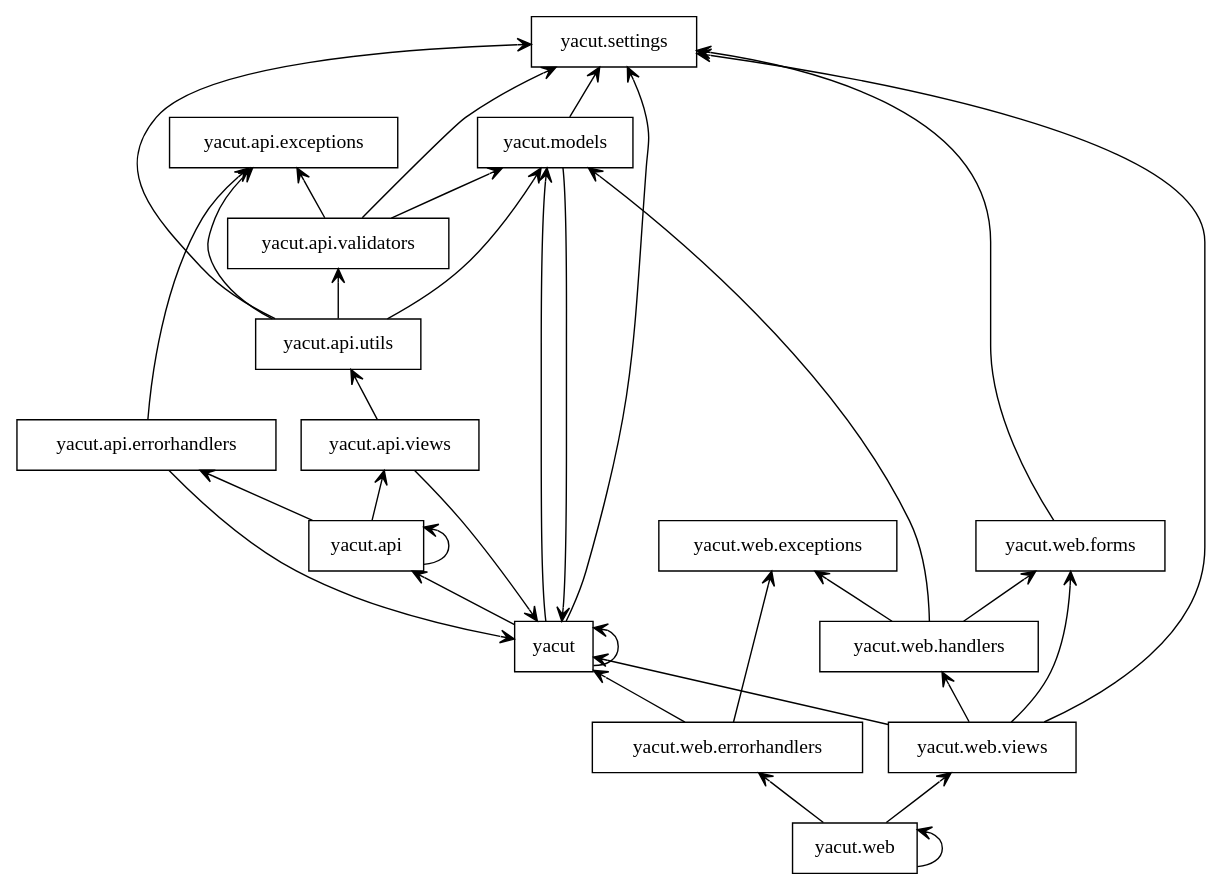
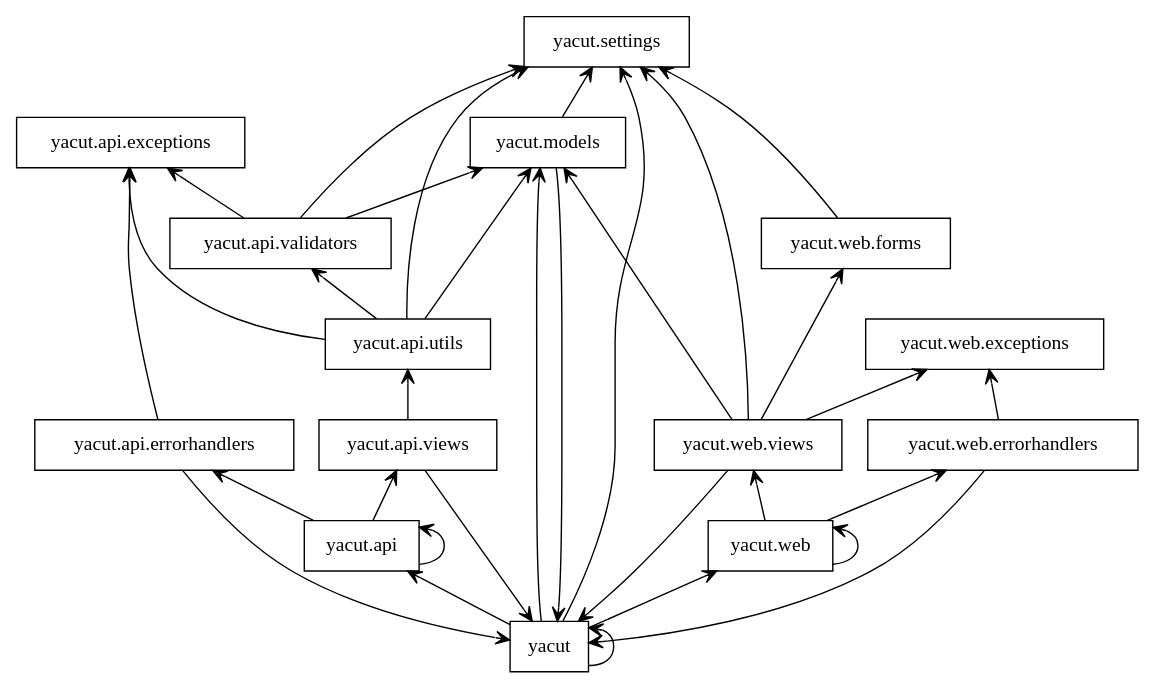
One commit to Raidzin/yacut changed the diagram in packages.dot. Above: the diagram before and after it, drawn with Graphviz. The commit also changed 9 other files, not shown here.

```diff
--- a/packages.dot
+++ b/packages.dot
@@ -1,52 +1,50 @@
 digraph "packages" {
 rankdir=BT
 charset="utf-8"
 "yacut" [color="black", label="yacut", shape="box", style="solid"];
 "yacut.api" [color="black", label="yacut.api", shape="box", style="solid"];
 "yacut.api.errorhandlers" [color="black", label="yacut.api.errorhandlers", shape="box", style="solid"];
 "yacut.api.exceptions" [color="black", label="yacut.api.exceptions", shape="box", style="solid"];
 "yacut.api.utils" [color="black", label="yacut.api.utils", shape="box", style="solid"];
 "yacut.api.validators" [color="black", label="yacut.api.validators", shape="box", style="solid"];
 "yacut.api.views" [color="black", label="yacut.api.views", shape="box", style="solid"];
 "yacut.models" [color="black", label="yacut.models", shape="box", style="solid"];
 "yacut.settings" [color="black", label="yacut.settings", shape="box", style="solid"];
 "yacut.web" [color="black", label="yacut.web", shape="box", style="solid"];
 "yacut.web.errorhandlers" [color="black", label="yacut.web.errorhandlers", shape="box", style="solid"];
 "yacut.web.exceptions" [color="black", label="yacut.web.exceptions", shape="box", style="solid"];
 "yacut.web.forms" [color="black", label="yacut.web.forms", shape="box", style="solid"];
-"yacut.web.handlers" [color="black", label="yacut.web.handlers", shape="box", style="solid"];
 "yacut.web.views" [color="black", label="yacut.web.views", shape="box", style="solid"];
 "yacut" -> "yacut" [arrowhead="open", arrowtail="none"];
 "yacut" -> "yacut.api" [arrowhead="open", arrowtail="none"];
 "yacut" -> "yacut.models" [arrowhead="open", arrowtail="none"];
 "yacut" -> "yacut.settings" [arrowhead="open", arrowtail="none"];
+"yacut" -> "yacut.web" [arrowhead="open", arrowtail="none"];
 "yacut.api" -> "yacut.api" [arrowhead="open", arrowtail="none"];
 "yacut.api" -> "yacut.api.errorhandlers" [arrowhead="open", arrowtail="none"];
 "yacut.api" -> "yacut.api.views" [arrowhead="open", arrowtail="none"];
 "yacut.api.errorhandlers" -> "yacut" [arrowhead="open", arrowtail="none"];
 "yacut.api.errorhandlers" -> "yacut.api.exceptions" [arrowhead="open", arrowtail="none"];
 "yacut.api.utils" -> "yacut.api.exceptions" [arrowhead="open", arrowtail="none"];
 "yacut.api.utils" -> "yacut.api.validators" [arrowhead="open", arrowtail="none"];
 "yacut.api.utils" -> "yacut.models" [arrowhead="open", arrowtail="none"];
 "yacut.api.utils" -> "yacut.settings" [arrowhead="open", arrowtail="none"];
 "yacut.api.validators" -> "yacut.api.exceptions" [arrowhead="open", arrowtail="none"];
 "yacut.api.validators" -> "yacut.models" [arrowhead="open", arrowtail="none"];
 "yacut.api.validators" -> "yacut.settings" [arrowhead="open", arrowtail="none"];
 "yacut.api.views" -> "yacut" [arrowhead="open", arrowtail="none"];
 "yacut.api.views" -> "yacut.api.utils" [arrowhead="open", arrowtail="none"];
 "yacut.models" -> "yacut" [arrowhead="open", arrowtail="none"];
 "yacut.models" -> "yacut.settings" [arrowhead="open", arrowtail="none"];
 "yacut.web" -> "yacut.web" [arrowhead="open", arrowtail="none"];
 "yacut.web" -> "yacut.web.errorhandlers" [arrowhead="open", arrowtail="none"];
 "yacut.web" -> "yacut.web.views" [arrowhead="open", arrowtail="none"];
 "yacut.web.errorhandlers" -> "yacut" [arrowhead="open", arrowtail="none"];
 "yacut.web.errorhandlers" -> "yacut.web.exceptions" [arrowhead="open", arrowtail="none"];
 "yacut.web.forms" -> "yacut.settings" [arrowhead="open", arrowtail="none"];
-"yacut.web.handlers" -> "yacut.models" [arrowhead="open", arrowtail="none"];
-"yacut.web.handlers" -> "yacut.web.exceptions" [arrowhead="open", arrowtail="none"];
-"yacut.web.handlers" -> "yacut.web.forms" [arrowhead="open", arrowtail="none"];
 "yacut.web.views" -> "yacut" [arrowhead="open", arrowtail="none"];
+"yacut.web.views" -> "yacut.models" [arrowhead="open", arrowtail="none"];
 "yacut.web.views" -> "yacut.settings" [arrowhead="open", arrowtail="none"];
+"yacut.web.views" -> "yacut.web.exceptions" [arrowhead="open", arrowtail="none"];
 "yacut.web.views" -> "yacut.web.forms" [arrowhead="open", arrowtail="none"];
-"yacut.web.views" -> "yacut.web.handlers" [arrowhead="open", arrowtail="none"];
 }
```
